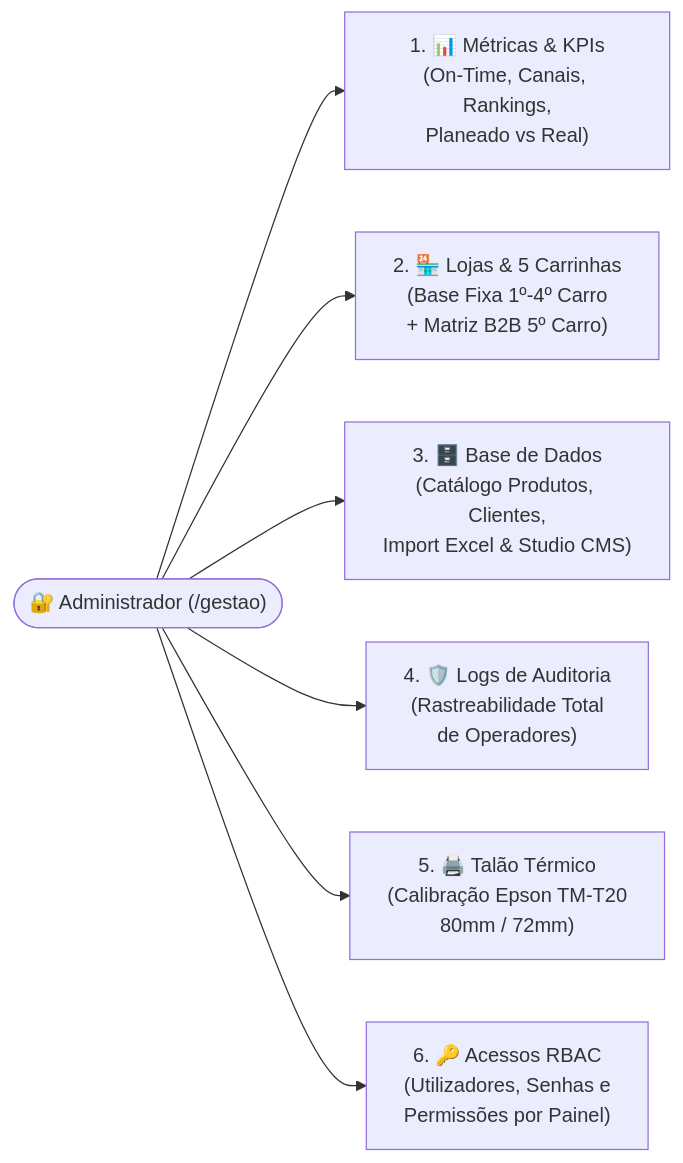
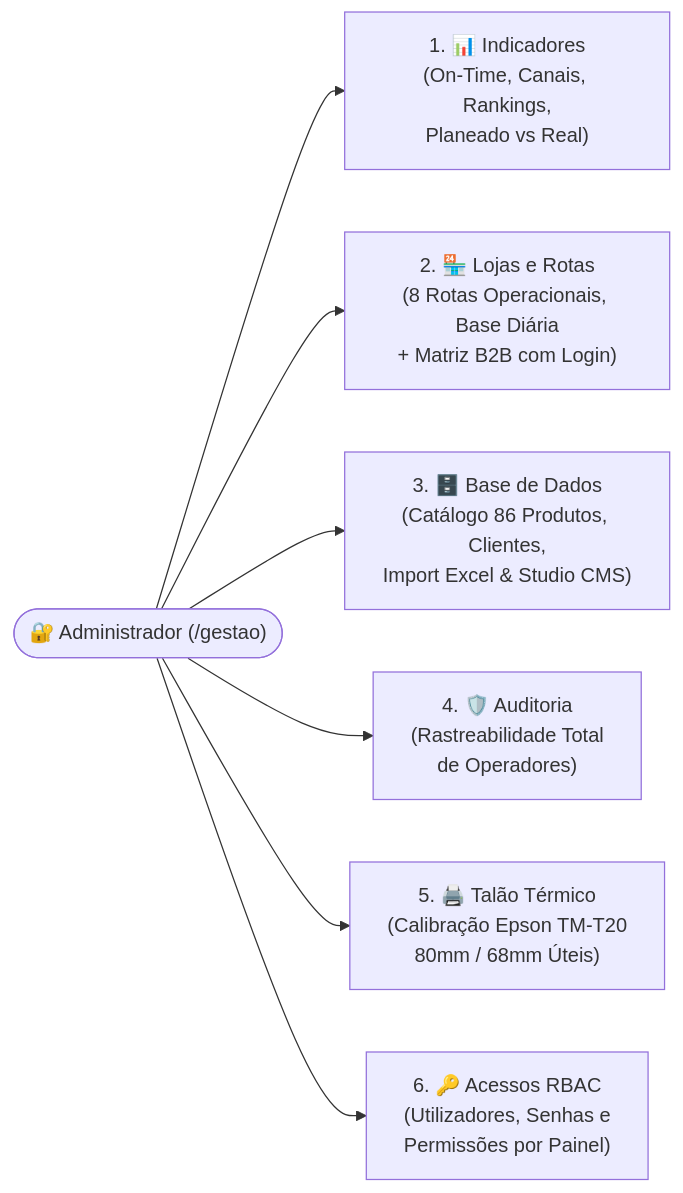
Before and after one commit to lfcarreiras/App-Padaria: the diagram in docs/03_Manual_Administrador_Configuracoes_e_KPIs_Gestao.md, drawn with Mermaid. The commit also changed other lines of this file and 12 other files, not shown here.

````diff
--- a/docs/03_Manual_Administrador_Configuracoes_e_KPIs_Gestao.md
+++ b/docs/03_Manual_Administrador_Configuracoes_e_KPIs_Gestao.md
@@ -28,9 +28,9 @@
 ```mermaid
 flowchart LR
-    Admin(["🔐 Administrador (/gestao)"]) --> T1["1. 📊 Métricas & KPIs\n(On-Time, Canais, Rankings,\nPlaneado vs Real)"]
-    Admin --> T2["2. 🏪 Lojas & 5 Carrinhas\n(Base Fixa 1º-4º Carro\n+ Matriz B2B 5º Carro)"]
-    Admin --> T3["3. 🗄️ Base de Dados\n(Catálogo Produtos, Clientes,\nImport Excel & Studio CMS)"]
-    Admin --> T4["4. 🛡️ Logs de Auditoria\n(Rastreabilidade Total\nde Operadores)"]
-    Admin --> T5["5. 🖨️ Talão Térmico\n(Calibração Epson TM-T20\n80mm / 72mm)"]
+    Admin(["🔐 Administrador (/gestao)"]) --> T1["1. 📊 Indicadores\n(On-Time, Canais, Rankings,\nPlaneado vs Real)"]
+    Admin --> T2["2. 🏪 Lojas e Rotas\n(8 Rotas Operacionais, Base Diária\n+ Matriz B2B com Login)"]
+    Admin --> T3["3. 🗄️ Base de Dados\n(Catálogo 86 Produtos, Clientes,\nImport Excel & Studio CMS)"]
+    Admin --> T4["4. 🛡️ Auditoria\n(Rastreabilidade Total\nde Operadores)"]
+    Admin --> T5["5. 🖨️ Talão Térmico\n(Calibração Epson TM-T20\n80mm / 68mm Úteis)"]
     Admin --> T6["6. 🔑 Acessos RBAC\n(Utilizadores, Senhas e\nPermissões por Painel)"]
 ```
````
